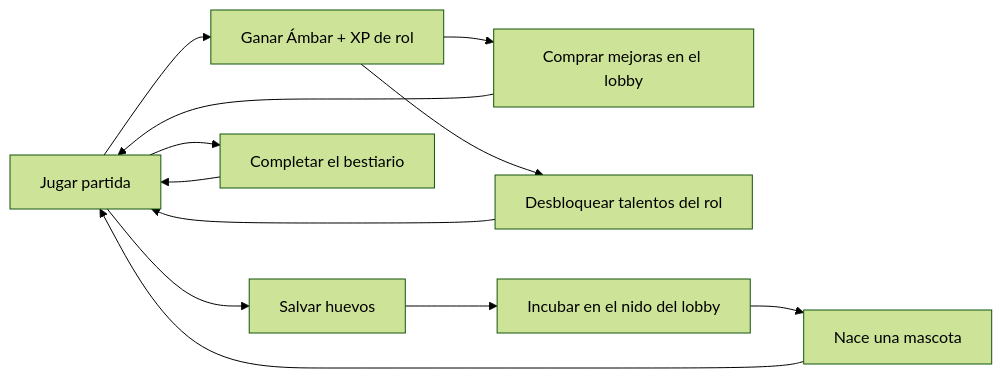
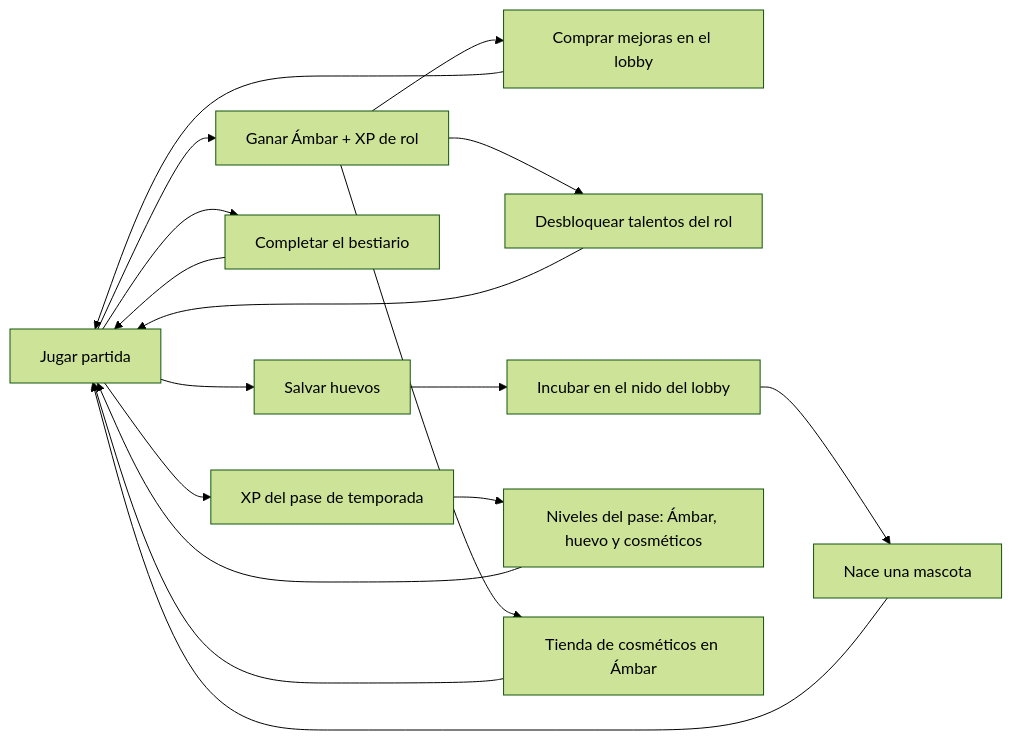
One commit to Discosofia/Monkey_Island_2026 changed the third of 7 diagrams in docs/GDD.md. Above: the diagram before and after it, drawn with Mermaid (forest theme). The commit also changed other lines of this file and 7 other files, not shown here.

````diff
--- a/docs/GDD.md
+++ b/docs/GDD.md
@@ -112,14 +113,19 @@
 ```mermaid
 flowchart LR
   P["Jugar partida"] --> M["Ganar Ámbar + XP de rol"]
   M --> U["Comprar mejoras en el lobby"]
   M --> T["Desbloquear talentos del rol"]
   P --> H["Salvar huevos"]
   H --> N["Incubar en el nido del lobby"]
   N --> PE["Nace una mascota"]
   P --> BE["Completar el bestiario"]
+  P --> XP["XP del pase de temporada"]
+  XP --> PA["Niveles del pase: Ámbar, huevo y cosméticos"]
+  M --> CS["Tienda de cosméticos en Ámbar"]
   U --> P
   T --> P
   PE --> P
   BE --> P
+  PA --> P
+  CS --> P
 ```
````
